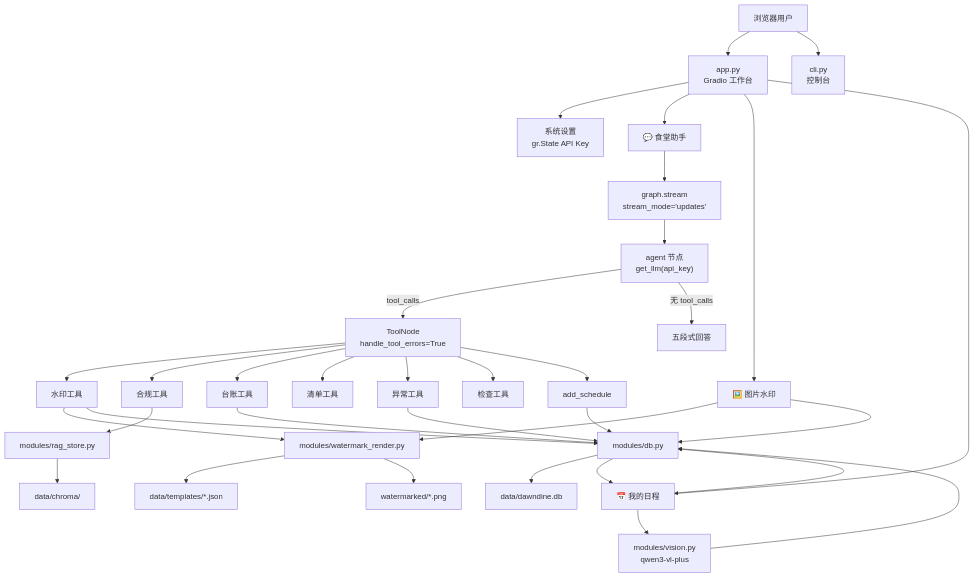
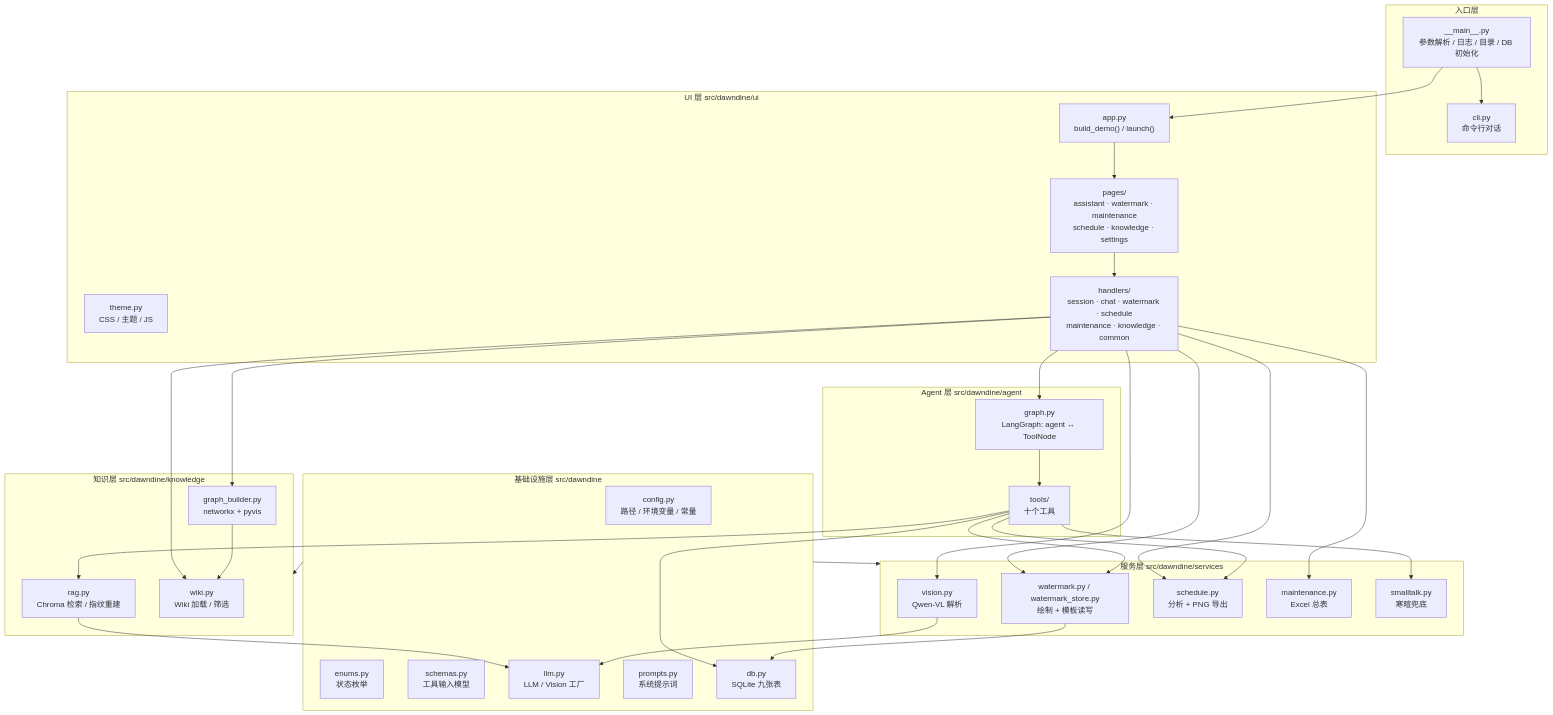
Before and after one commit to Menquan754/DawnDine-Campus-Logistics: the first of 2 diagrams in ARCHITECTURE.md, drawn with Mermaid. The commit also changed other lines of this file and 141 other files, not shown here.

First line of the commit message:
refactor: 迁移至 src/dawndine 分层架构并补齐开源交付资产

````diff
--- a/ARCHITECTURE.md
+++ b/ARCHITECTURE.md
@@ -10,40 +20,66 @@
 ```mermaid
 flowchart TD
-    U["浏览器用户"] --> UI["app.py<br/>Gradio 工作台"]
-    U --> CLI["cli.py<br/>控制台"]
+    subgraph L6["入口层"]
+        M["__main__.py<br/>参数解析 / 日志 / 目录 / DB 初始化"]
+        C["cli.py<br/>命令行对话"]
+    end
 
-    UI --> SET["系统设置<br/>gr.State API Key"]
-    UI --> P1["💬 食堂助手"]
-    UI --> P2["🖼️ 图片水印"]
-    UI --> P3["📅 我的日程"]
+    subgraph L5["UI 层 src/dawndine/ui"]
+        TH["theme.py<br/>CSS / 主题 / JS"]
+        APP["app.py<br/>build_demo() / launch()"]
+        PG["pages/<br/>assistant · watermark · maintenance<br/>schedule · knowledge · settings"]
+        HD["handlers/<br/>session · chat · watermark · schedule<br/>maintenance · knowledge · common"]
+    end
 
-    P1 --> G["graph.stream<br/>stream_mode='updates'"]
-    G --> AG["agent 节点<br/>get_llm(api_key)"]
-    AG -->|"tool_calls"| TN["ToolNode<br/>handle_tool_errors=True"]
-    AG -->|"无 tool_calls"| ANS["五段式回答"]
-    TN --> T1["水印工具"]
-    TN --> T2["合规工具"]
-    TN --> T3["台账工具"]
-    TN --> T4["清单工具"]
-    TN --> T5["异常工具"]
-    TN --> T6["检查工具"]
-    TN --> T7["add_schedule"]
+    subgraph L4["Agent 层 src/dawndine/agent"]
+        G["graph.py<br/>LangGraph: agent ↔ ToolNode"]
+        TL["tools/<br/>十个工具"]
+    end
 
-    T1 --> WR["modules/watermark_render.py"]
-    T1 --> DB["modules/db.py"]
-    T3 --> DB
-    T5 --> DB
-    T7 --> DB
-    T2 --> RAG["modules/rag_store.py"]
-    P2 --> WR
-    P2 --> DB
-    P3 --> DB
-    P3 --> VIS["modules/vision.py<br/>qwen3-vl-plus"]
+    subgraph L3["服务层 src/dawndine/services"]
+        VIS["vision.py<br/>Qwen-VL 解析"]
+        WMS["watermark.py / watermark_store.py<br/>绘制 + 模板读写"]
+        SCH["schedule.py<br/>分析 + PNG 导出"]
+        MNT["maintenance.py<br/>Excel 总表"]
+        ST["smalltalk.py<br/>寒暄兜底"]
+    end
 
-    WR --> F1["data/templates/*.json"]
-    WR --> F2["watermarked/*.png"]
-    RAG --> F3["data/chroma/"]
-    VIS --> DB
-    DB --> F4["data/dawndine.db"]
-    DB --> P3
+    subgraph L2["知识层 src/dawndine/knowledge"]
+        RAG["rag.py<br/>Chroma 检索 / 指纹重建"]
+        WIKI["wiki.py<br/>Wiki 加载 / 筛选"]
+        KG["graph_builder.py<br/>networkx + pyvis"]
+    end
+
+    subgraph L1["基础设施层 src/dawndine"]
+        CFG["config.py<br/>路径 / 环境变量 / 常量"]
+        ENU["enums.py<br/>状态枚举"]
+        SCHM["schemas.py<br/>工具输入模型"]
+        LLM["llm.py<br/>LLM / Vision 工厂"]
+        PR["prompts.py<br/>系统提示词"]
+        DB["db.py<br/>SQLite 九张表"]
+    end
+
+    M --> APP
+    M --> C
+    APP --> PG
+    PG --> HD
+    HD --> G
+    HD --> VIS
+    HD --> SCH
+    HD --> MNT
+    HD --> WIKI
+    HD --> KG
+    HD --> WMS
+    G --> TL
+    TL --> RAG
+    TL --> DB
+    TL --> WMS
+    TL --> SCH
+    TL --> ST
+    RAG --> LLM
+    WMS --> DB
+    VIS --> LLM
+    KG --> WIKI
+    L1 --> L2
+    L1 --> L3
 ```
````
